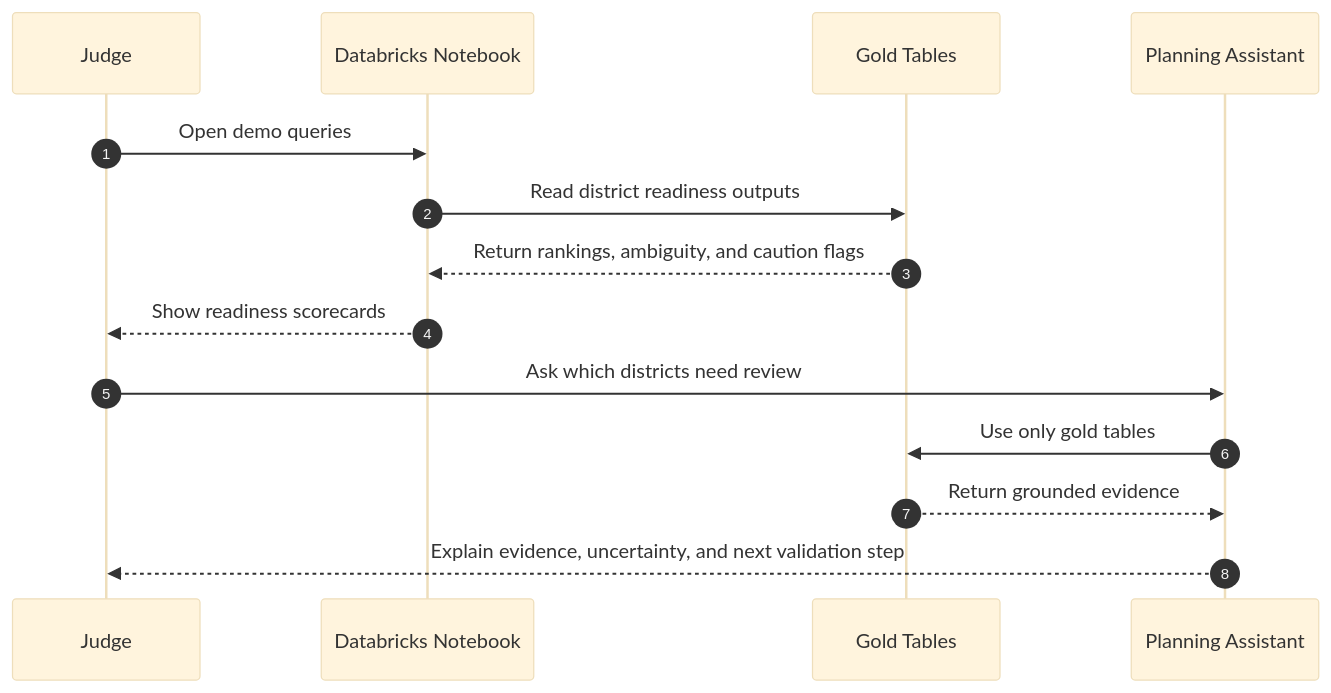
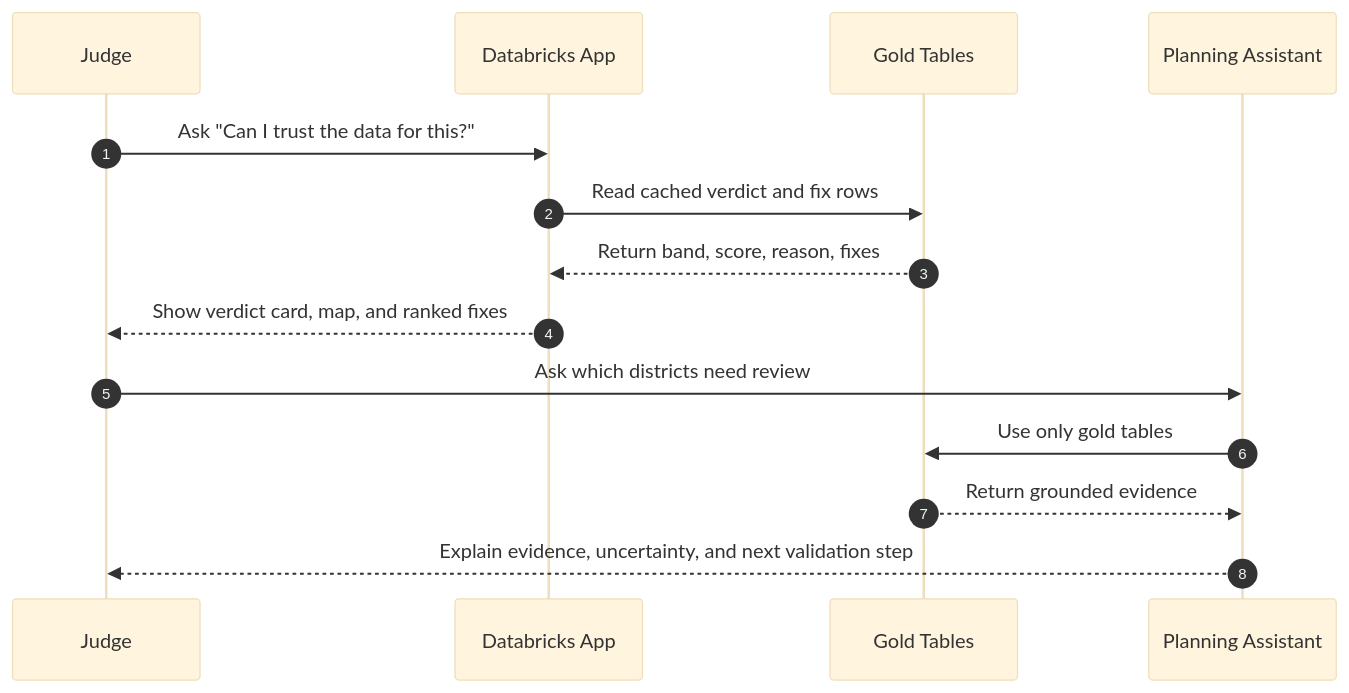
The second of 4 diagrams in docs/diagrams.md (d-padmanabhan/dais-2026-data-readiness-desk), drawn with Mermaid (base theme) before and after one commit. The commit also changed other lines of this file and 33 other files, not shown here.

First line of the commit message:
feat(scaffold): align with data readiness desk scope

````diff
--- a/docs/diagrams.md
+++ b/docs/diagrams.md
@@ -49,17 +64,17 @@
 ```mermaid
 sequenceDiagram
   autonumber
   participant Judge
-  participant Notebook as Databricks Notebook
+  participant App as Databricks App
   participant Tables as Gold Tables
   participant Agent as Planning Assistant
 
-  Judge->>Notebook: Open demo queries
-  Notebook->>Tables: Read district readiness outputs
-  Tables-->>Notebook: Return rankings, ambiguity, and caution flags
-  Notebook-->>Judge: Show readiness scorecards
+  Judge->>App: Ask "Can I trust the data for this?"
+  App->>Tables: Read cached verdict and fix rows
+  Tables-->>App: Return band, score, reason, fixes
+  App-->>Judge: Show verdict card, map, and ranked fixes
   Judge->>Agent: Ask which districts need review
   Agent->>Tables: Use only gold tables
   Tables-->>Agent: Return grounded evidence
   Agent-->>Judge: Explain evidence, uncertainty, and next validation step
 ```
````
